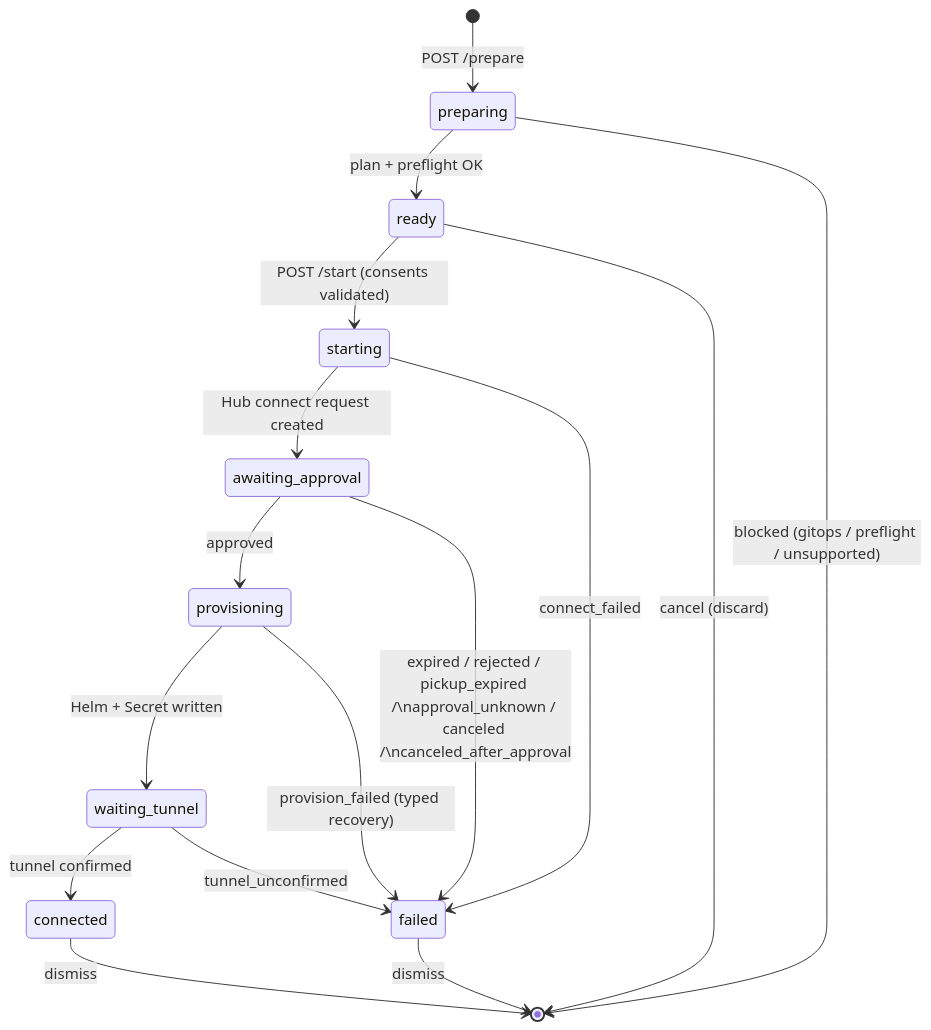
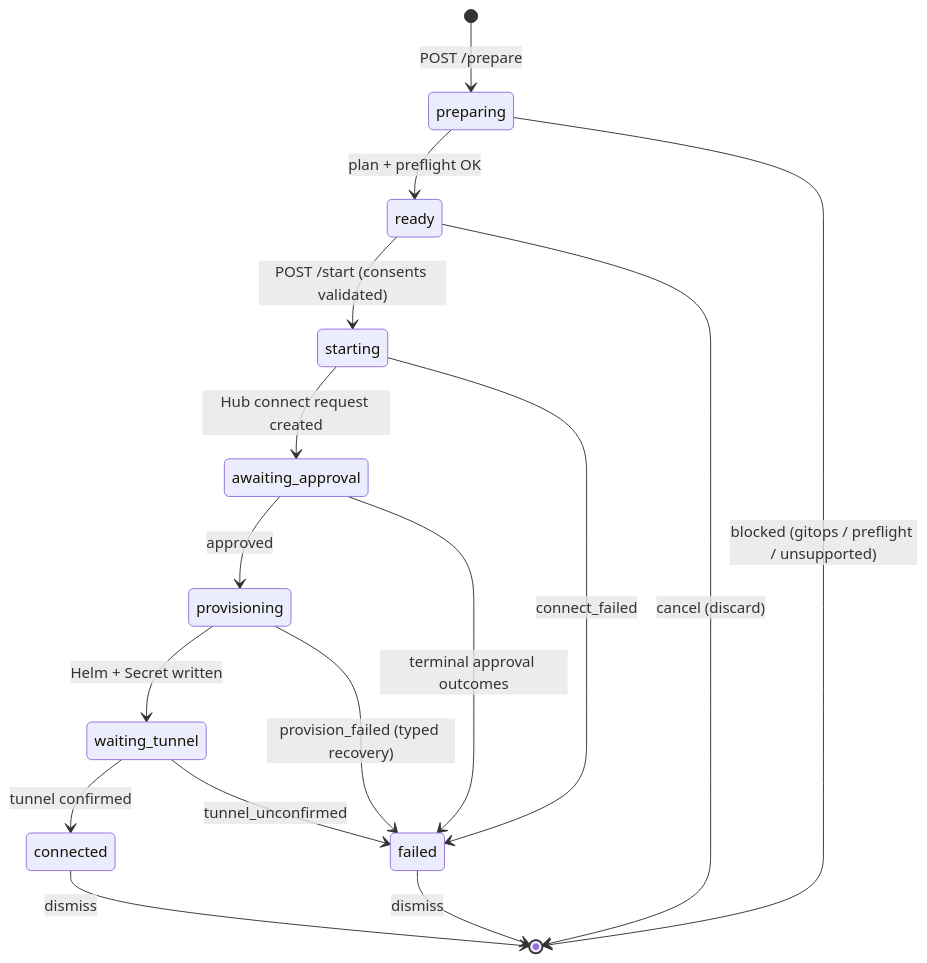
One commit to skyhook-io/radar changed the second of 2 diagrams in docs/cloud-connect.md. Above: the diagram before and after it, drawn with Mermaid. The commit also changed other lines of this file and 3 other files, not shown here.

First line of the commit message:
Close the prepare-phase UI gap and tidy flow plumbing

````diff
--- a/docs/cloud-connect.md
+++ b/docs/cloud-connect.md
@@ -63,18 +63,18 @@
 ```mermaid
 stateDiagram-v2
     [*] --> preparing: POST /prepare
     preparing --> ready: plan + preflight OK
     preparing --> [*]: blocked (gitops / preflight / unsupported)
     ready --> starting: POST /start (consents validated)
     ready --> [*]: cancel (discard)
     starting --> awaiting_approval: Hub connect request created
     starting --> failed: connect_failed
     awaiting_approval --> provisioning: approved
-    awaiting_approval --> failed: expired / rejected / pickup_expired /\napproval_unknown / canceled /\ncanceled_after_approval
+    awaiting_approval --> failed: terminal approval outcomes
     provisioning --> waiting_tunnel: Helm + Secret written
     provisioning --> failed: provision_failed (typed recovery)
     waiting_tunnel --> connected: tunnel confirmed
     waiting_tunnel --> failed: tunnel_unconfirmed
     connected --> [*]: dismiss
     failed --> [*]: dismiss
 ```
````
